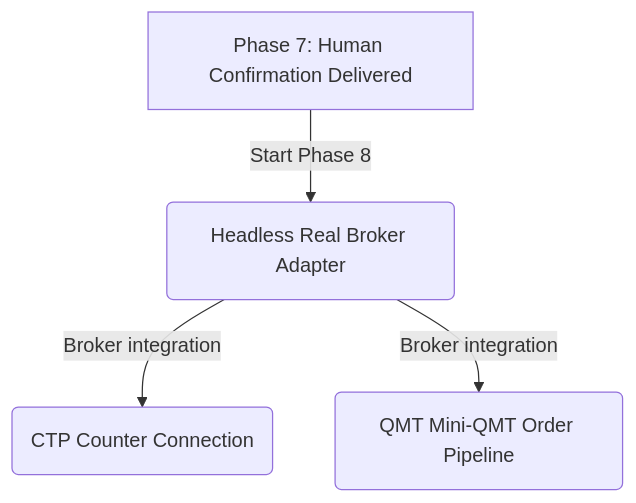
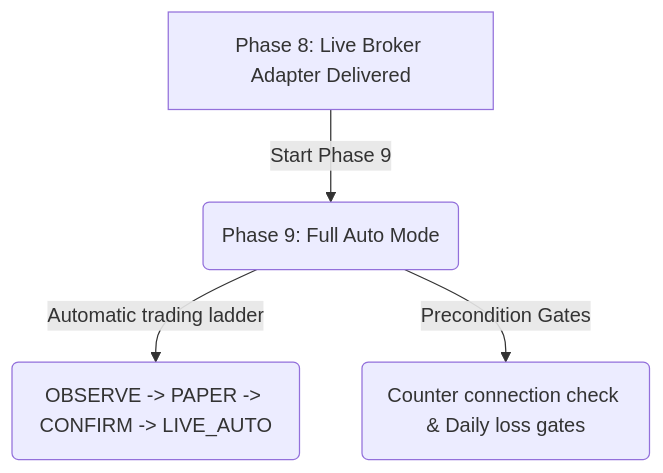
The diagram in stock_standalone/TRADING_KERNEL_PROGRESS.md (johnsonhongyi/pyQuant3), drawn with Mermaid before and after one commit. The commit also changed other lines of this file and 4 other files, not shown here.

````diff
--- a/stock_standalone/TRADING_KERNEL_PROGRESS.md
+++ b/stock_standalone/TRADING_KERNEL_PROGRESS.md
@@ -82,6 +84,6 @@
 ```mermaid
 graph TD
-    A[Phase 7: Human Confirmation Delivered] -->|Start Phase 8| B(Headless Real Broker Adapter)
-    B -->|Broker integration| B1(CTP Counter Connection)
-    B -->|Broker integration| B2(QMT Mini-QMT Order Pipeline)
+    A[Phase 8: Live Broker Adapter Delivered] -->|Start Phase 9| B(Phase 9: Full Auto Mode)
+    B -->|Automatic trading ladder| B1(OBSERVE -> PAPER -> CONFIRM -> LIVE_AUTO)
+    B -->|Precondition Gates| B2(Counter connection check & Daily loss gates)
 ```
````
